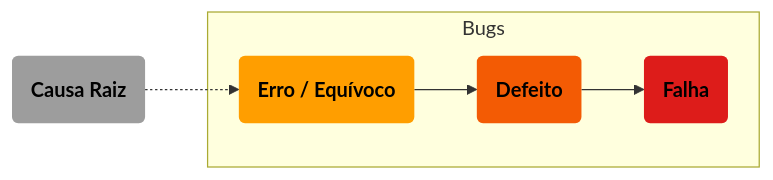
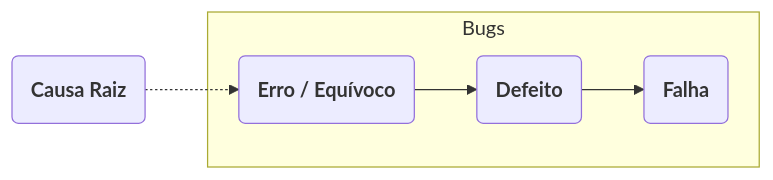
Before and after one commit to GabriOliv/garden: the third of 3 diagrams in docs/istqb/ctfl/ctfl_01.mdx, drawn with Mermaid. The commit also changed other lines of this file and 4 other files, not shown here.

First line of the commit message:
feat: cores dos diagramas em tokens do Dossier

````diff
--- a/docs/istqb/ctfl/ctfl_01.mdx
+++ b/docs/istqb/ctfl/ctfl_01.mdx
@@ -146,17 +145,12 @@
 ```mermaid
 flowchart LR
-	classDef node	stroke:#0000,color:#000
-	classDef yel	fill:#FF9E00
-	classDef ora	fill:#F35B04
-	classDef red	fill:#DD1C1A
-	classDef gra	fill:#9D9D9D
 
 	a(<b>Causa Raiz</b>):::gra;
 	b(<b>Erro / Equívoco</b>):::yel;
 	c(<b>Defeito</b>):::ora;
 	d(<b>Falha</b>):::red
 	
 	subgraph s["Bugs"]; b; c; d; end
 
 	a -.-> b --> c --> d
 ```
````
